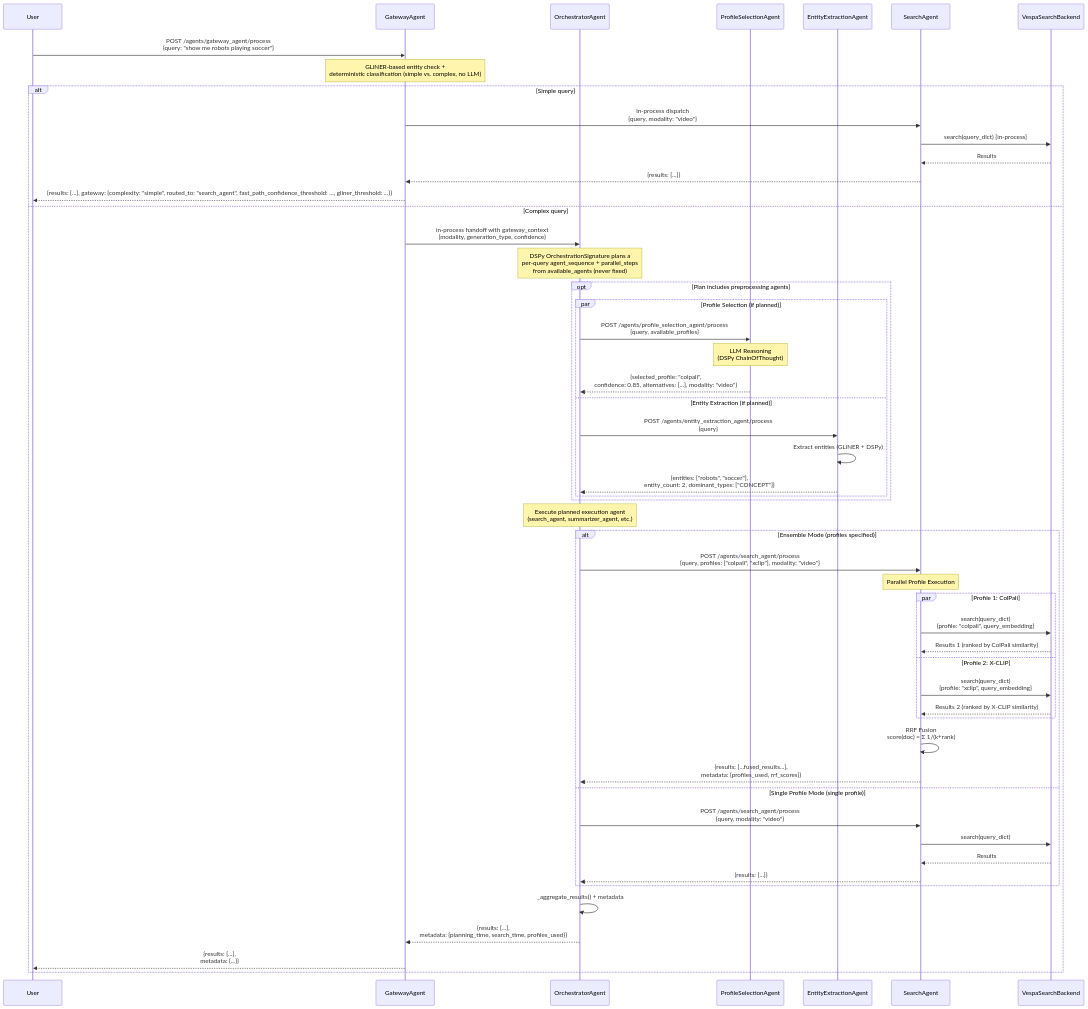
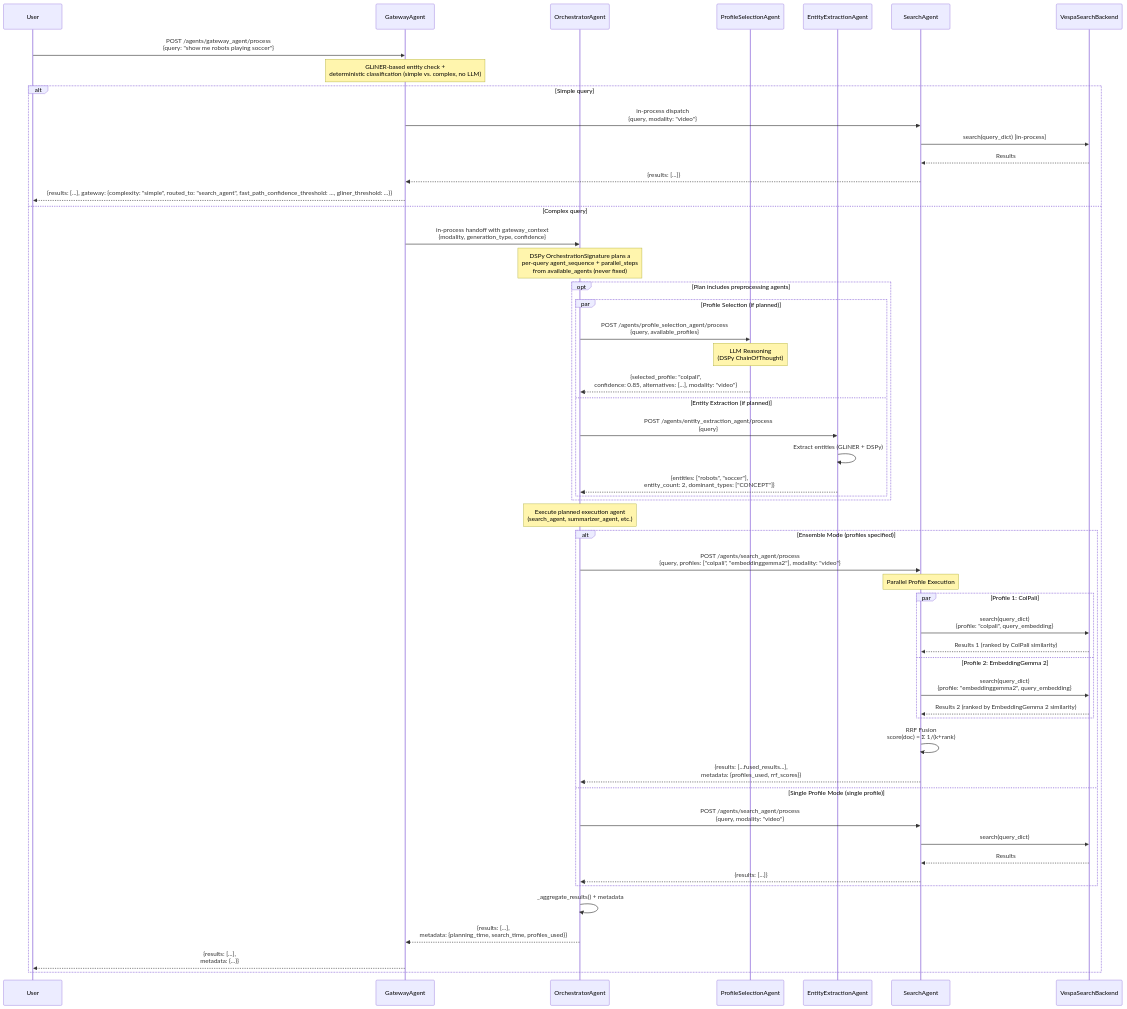
Before and after one commit to amit-jain/cogniverse: the second of 8 diagrams in docs/architecture/multi-agent-interactions.md, drawn with Mermaid. The commit also changed other lines of this file and 161 other files, not shown here.

````diff
--- a/docs/architecture/multi-agent-interactions.md
+++ b/docs/architecture/multi-agent-interactions.md
@@ -163,65 +163,65 @@
 ```mermaid
 sequenceDiagram
     participant User
     participant Gateway as GatewayAgent
     participant Orch as OrchestratorAgent
     participant Prof as ProfileSelectionAgent
     participant Entity as EntityExtractionAgent
     participant Search as SearchAgent
     participant Backend as VespaSearchBackend
 
     User->>Gateway: POST /agents/gateway_agent/process<br/>{query: "show me robots playing soccer"}
 
     Note over Gateway: GLiNER-based entity check +<br/>deterministic classification (simple vs. complex, no LLM)
 
     alt Simple query
         Gateway->>Search: in-process dispatch<br/>{query, modality: "video"}
         Search->>Backend: search(query_dict) [in-process]
         Backend-->>Search: Results
         Search-->>Gateway: {results: [...]}
         Gateway-->>User: {results: [...], gateway: {complexity: "simple", routed_to: "search_agent", fast_path_confidence_threshold: ..., gliner_threshold: ...}}
     else Complex query
         Gateway->>Orch: in-process handoff with gateway_context<br/>{modality, generation_type, confidence}
 
         Note over Orch: DSPy OrchestrationSignature plans a<br/>per-query agent_sequence + parallel_steps<br/>from available_agents (never fixed)
 
         opt Plan includes preprocessing agents
             par Profile Selection (if planned)
                 Orch->>Prof: POST /agents/profile_selection_agent/process<br/>{query, available_profiles}
                 Note over Prof: LLM Reasoning<br/>(DSPy ChainOfThought)
                 Prof-->>Orch: {selected_profile: "colpali",<br/>confidence: 0.85, alternatives: [...], modality: "video"}
             and Entity Extraction (if planned)
                 Orch->>Entity: POST /agents/entity_extraction_agent/process<br/>{query}
                 Entity->>Entity: Extract entities (GLiNER + DSPy)
                 Entity-->>Orch: {entities: ["robots", "soccer"],<br/>entity_count: 2, dominant_types: ["CONCEPT"]}
             end
         end
 
         Note over Orch: Execute planned execution agent<br/>(search_agent, summarizer_agent, etc.)
 
         alt Ensemble Mode (profiles specified)
-            Orch->>Search: POST /agents/search_agent/process<br/>{query, profiles: ["colpali", "xclip"], modality: "video"}
+            Orch->>Search: POST /agents/search_agent/process<br/>{query, profiles: ["colpali", "embeddinggemma2"], modality: "video"}
 
             Note over Search: Parallel Profile Execution
             par Profile 1: ColPali
                 Search->>Backend: search(query_dict)<br/>{profile: "colpali", query_embedding}
                 Backend-->>Search: Results 1 (ranked by ColPali similarity)
-            and Profile 2: X-CLIP
-                Search->>Backend: search(query_dict)<br/>{profile: "xclip", query_embedding}
-                Backend-->>Search: Results 2 (ranked by X-CLIP similarity)
+            and Profile 2: EmbeddingGemma 2
+                Search->>Backend: search(query_dict)<br/>{profile: "embeddinggemma2", query_embedding}
+                Backend-->>Search: Results 2 (ranked by EmbeddingGemma 2 similarity)
             end
 
             Search->>Search: RRF Fusion<br/>score(doc) = Σ 1/(k+rank)
             Search-->>Orch: {results: [...fused_results...],<br/>metadata: {profiles_used, rrf_scores}}
         else Single Profile Mode (single profile)
             Orch->>Search: POST /agents/search_agent/process<br/>{query, modality: "video"}
             Search->>Backend: search(query_dict)
             Backend-->>Search: Results
             Search-->>Orch: {results: [...]}
         end
 
         Orch->>Orch: _aggregate_results() + metadata
         Orch-->>Gateway: {results: [...],<br/>metadata: {planning_time, search_time, profiles_used}}
         Gateway-->>User: {results: [...],<br/>metadata: {...}}
     end
 ```
````
